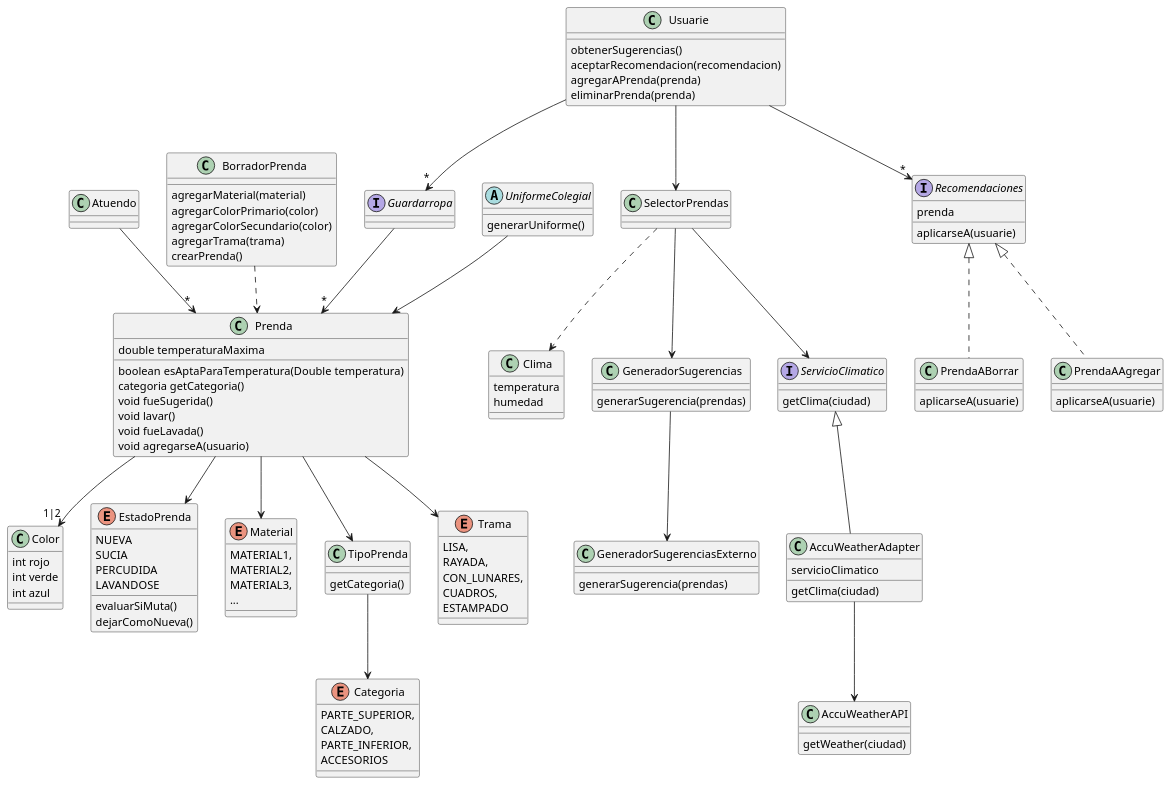
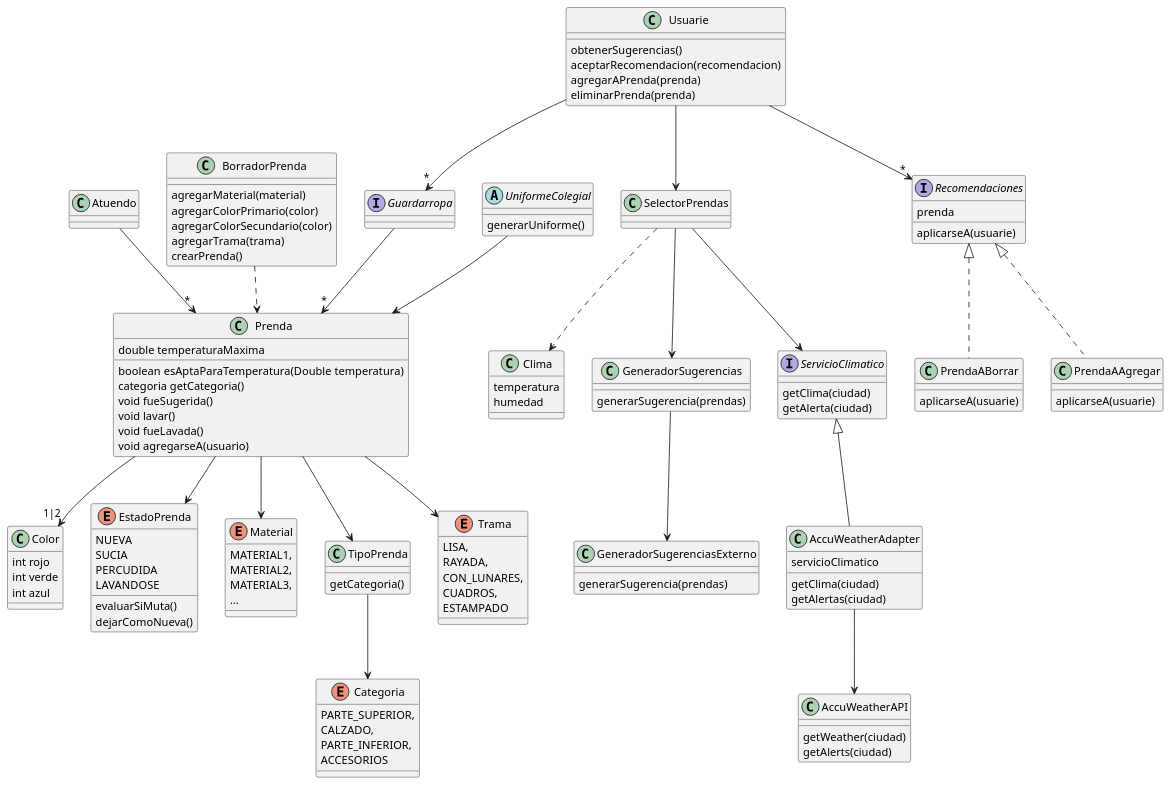
Before and after one commit to NPeykov/dds-qmp: the diagram in uml-code.puml, drawn with PlantUML. The commit also changed 3 other files, not shown here.

Commit message:
agrego getAlerts()

```diff
--- a/uml-code.puml
+++ b/uml-code.puml
@@ -1,129 +1,133 @@
 @startuml QMP
 class Prenda{
   double temperaturaMaxima
 
   boolean esAptaParaTemperatura(Double temperatura)
   categoria getCategoria()
   void fueSugerida()
   void lavar()
   void fueLavada()
   void agregarseA(usuario)
 }
 class AccuWeatherAdapter{
   servicioClimatico
   getClima(ciudad)
+  getAlertas(ciudad)
 }
 class AccuWeatherAPI{
   getWeather(ciudad)
+  getAlerts(ciudad)
 }
 class Atuendo
 class BorradorPrenda{
   agregarMaterial(material)
   agregarColorPrimario(color)
   agregarColorSecundario(color)
   agregarTrama(trama)
   crearPrenda()
 }
 enum Categoria{
   PARTE_SUPERIOR,
   CALZADO,
   PARTE_INFERIOR,
   ACCESORIOS
 }
 class Clima{
   temperatura
   humedad
 }
 class Color{
   int rojo
   int verde
   int azul
 }
 enum EstadoPrenda{
   NUEVA
   SUCIA
   PERCUDIDA
   LAVANDOSE
 
   evaluarSiMuta()
   dejarComoNueva()
 }
 class GeneradorSugerencias{
   generarSugerencia(prendas)
   
 }
 class GeneradorSugerenciasExterno{
   generarSugerencia(prendas)
 }
 interface Guardarropa{
 
 }
 
 enum Material{
   MATERIAL1,
   MATERIAL2,
   MATERIAL3,
   ...
 }
 class SelectorPrendas
+
 interface ServicioClimatico{
   getClima(ciudad)
+  getAlerta(ciudad)
 }
 class TipoPrenda{
   getCategoria()
 }
 enum Trama{
   LISA,
   RAYADA,
   CON_LUNARES,
   CUADROS,
   ESTAMPADO
 }
 abstract UniformeColegial{
   generarUniforme()
 }
 
 class Usuarie{
  
   obtenerSugerencias()
   aceptarRecomendacion(recomendacion)
   agregarAPrenda(prenda)
   eliminarPrenda(prenda)
   
 }
 
 interface Recomendaciones{
   prenda
   aplicarseA(usuarie)
 }
 
 class PrendaABorrar{
   aplicarseA(usuarie)
 }
 
 class PrendaAAgregar{
   aplicarseA(usuarie)
 }
 
 Prenda --> TipoPrenda
 Prenda --> Material
 Prenda --> Trama
 Prenda -->"1|2" Color
 Prenda --> EstadoPrenda
 TipoPrenda --> Categoria
 Atuendo -->"*" Prenda
 BorradorPrenda ..> Prenda
 AccuWeatherAdapter --> AccuWeatherAPI
 ServicioClimatico <|-- AccuWeatherAdapter
 Guardarropa -->"*" Prenda
 Usuarie -->"*" Guardarropa
 Usuarie --> SelectorPrendas
 SelectorPrendas --> ServicioClimatico
 SelectorPrendas --> GeneradorSugerencias
 GeneradorSugerencias --> GeneradorSugerenciasExterno
 SelectorPrendas ..> Clima
 UniformeColegial --> Prenda
 Usuarie -->"*" Recomendaciones
 Recomendaciones <|.. PrendaAAgregar
 Recomendaciones <|.. PrendaABorrar
 @enduml
```
